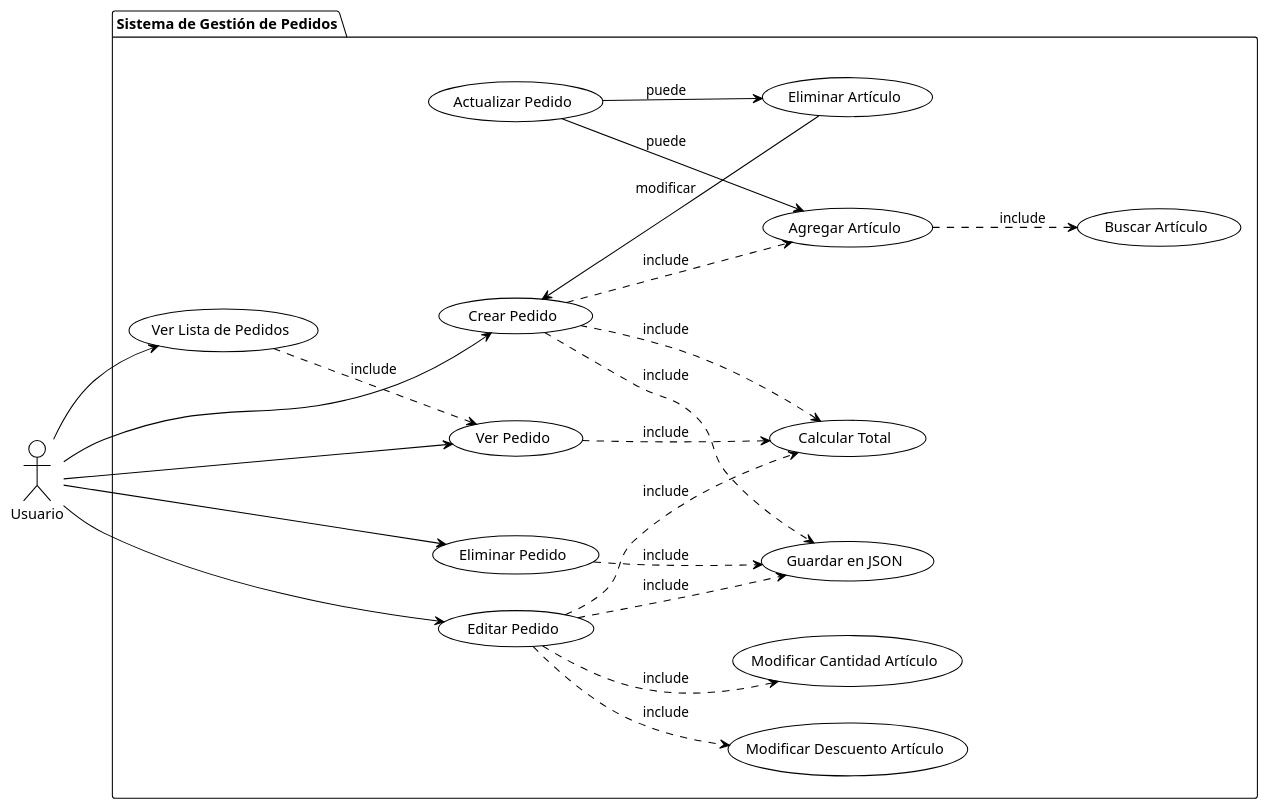
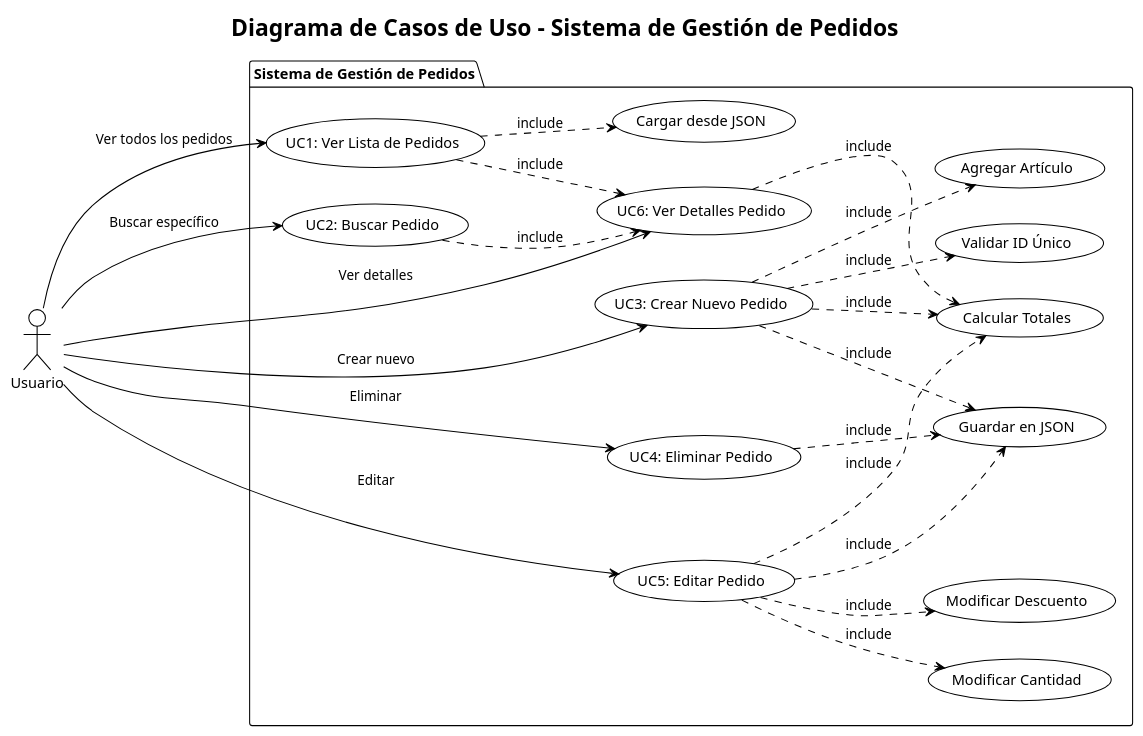
Before and after one commit to ginolevano/IngSotfwarePrueba: the diagram in src/main/resources/plantuml/diagramasDeCasos.puml, drawn with PlantUML. The commit also changed 1 other file, not shown here.

Commit message:
Release v2.0.0: Sistema de Gestión de Pedidos con CRUD completo

```diff
--- a/src/main/resources/plantuml/diagramasDeCasos.puml
+++ b/src/main/resources/plantuml/diagramasDeCasos.puml
@@ -1,45 +1,51 @@
 @startuml DiagramasCasos
 !theme plain
+title Diagrama de Casos de Uso - Sistema de Gestión de Pedidos
 
 left to right direction
 
 actor Usuario
+
 package "Sistema de Gestión de Pedidos" {
-    usecase "Ver Lista de Pedidos" as UC0
-    usecase "Crear Pedido" as UC1
-    usecase "Agregar Artículo" as UC2
-    usecase "Eliminar Artículo" as UC3
-    usecase "Ver Pedido" as UC4
-    usecase "Buscar Artículo" as UC5
-    usecase "Calcular Total" as UC6
-    usecase "Actualizar Pedido" as UC7
-    usecase "Eliminar Pedido" as UC8
-    usecase "Editar Pedido" as UC9
-    usecase "Modificar Cantidad Artículo" as UC10
-    usecase "Modificar Descuento Artículo" as UC11
+    ' Casos de uso principales
+    usecase "UC1: Ver Lista de Pedidos" as UC1
+    usecase "UC2: Buscar Pedido" as UC2
+    usecase "UC3: Crear Nuevo Pedido" as UC3
+    usecase "UC4: Eliminar Pedido" as UC4
+    usecase "UC5: Editar Pedido" as UC5
+    usecase "UC6: Ver Detalles Pedido" as UC6
+    
+    ' Casos de uso de apoyo
+    usecase "Validar ID Único" as UC7
+    usecase "Agregar Artículo" as UC8
+    usecase "Modificar Cantidad" as UC9
+    usecase "Modificar Descuento" as UC10
+    usecase "Calcular Totales" as UC11
     usecase "Guardar en JSON" as UC12
+    usecase "Cargar desde JSON" as UC13
 }
 
-Usuario --> UC0
-Usuario --> UC1
-Usuario --> UC4
-Usuario --> UC8
-Usuario --> UC9
+' Interacciones principales del usuario
+Usuario --> UC1 : Ver todos los pedidos
+Usuario --> UC2 : Buscar específico
+Usuario --> UC3 : Crear nuevo
+Usuario --> UC4 : Eliminar
+Usuario --> UC5 : Editar
+Usuario --> UC6 : Ver detalles
 
-UC0 .-> UC4 : include
-UC1 .-> UC2 : include
+' Incluir/Extender relaciones
+UC1 .-> UC13 : include
 UC1 .-> UC6 : include
-UC1 .-> UC12 : include
-UC2 .-> UC5 : include
-UC4 .-> UC6 : include
-UC7 --> UC2 : puede
-UC7 --> UC3 : puede
-UC8 .-> UC12 : include
-UC9 .-> UC10 : include
-UC9 .-> UC11 : include
-UC9 .-> UC6 : include
-UC9 .-> UC12 : include
-
-UC1 <-- UC3 : modificar
+UC2 .-> UC6 : include
+UC3 .-> UC7 : include
+UC3 .-> UC8 : include
+UC3 .-> UC11 : include
+UC3 .-> UC12 : include
+UC4 .-> UC12 : include
+UC5 .-> UC9 : include
+UC5 .-> UC10 : include
+UC5 .-> UC11 : include
+UC5 .-> UC12 : include
+UC6 .-> UC11 : include
 
 @enduml
```
